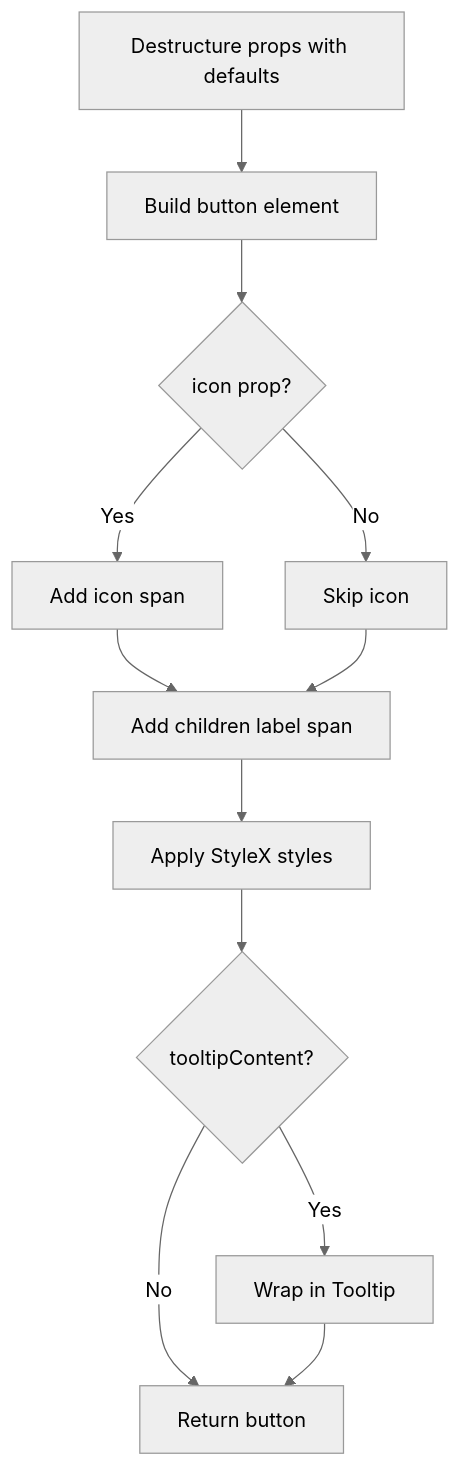
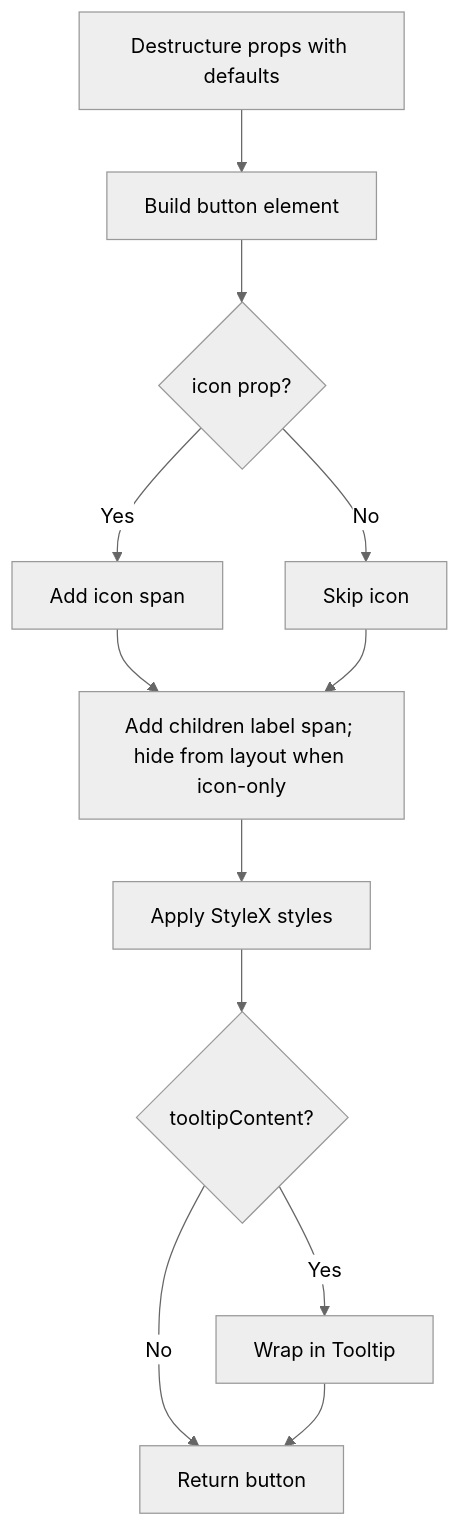
The second of 3 diagrams in apps/react-router/src/components/Button/ARCHITECTURE.md (luciocabrera/lcabrera-stack), drawn with Mermaid (neutral theme) before and after one commit. The commit also changed other lines of this file and 20 other files, not shown here.

Commit message:
feat: implement compact mode for AppNavigation and Toolbar components with icon-only controls and tooltips

````diff
--- a/apps/react-router/src/components/Button/ARCHITECTURE.md
+++ b/apps/react-router/src/components/Button/ARCHITECTURE.md
@@ -29,14 +29,14 @@
 ```mermaid
 graph TD
   A[Destructure props with defaults] --> B[Build button element]
   B --> C{icon prop?}
   C -- Yes --> D[Add icon span]
   C -- No --> E[Skip icon]
-  D --> F[Add children label span]
+  D --> F[Add children label span; hide from layout when icon-only]
   E --> F
   F --> G[Apply StyleX styles]
   G --> H{tooltipContent?}
   H -- Yes --> I[Wrap in Tooltip]
   H -- No --> J[Return button]
   I --> J
 ```
````
